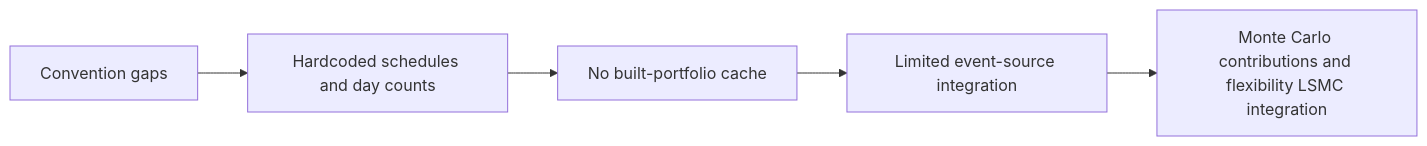
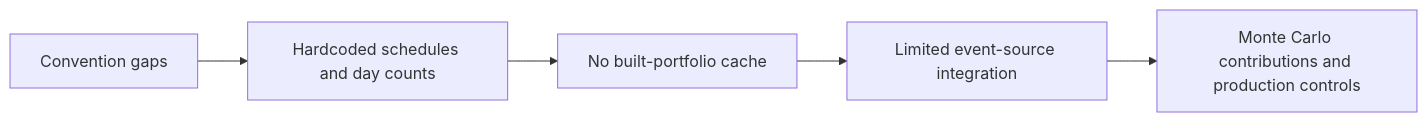
The third of 3 diagrams in docs/architecture/ARCHITECTURE.md (b-io/quant-risk-platform), drawn with Mermaid before and after one commit. The commit also changed other lines of this file and 8 other files, not shown here.

````diff
--- a/docs/architecture/ARCHITECTURE.md
+++ b/docs/architecture/ARCHITECTURE.md
@@ -272,7 +272,7 @@
 ```mermaid
 flowchart LR
     A[Convention gaps] --> B[Hardcoded schedules and day counts]
     B --> C[No built-portfolio cache]
     C --> D[Limited event-source integration]
-    D --> E[Monte Carlo contributions and flexibility LSMC integration]
+    D --> E[Monte Carlo contributions and production controls]
 ```
````
